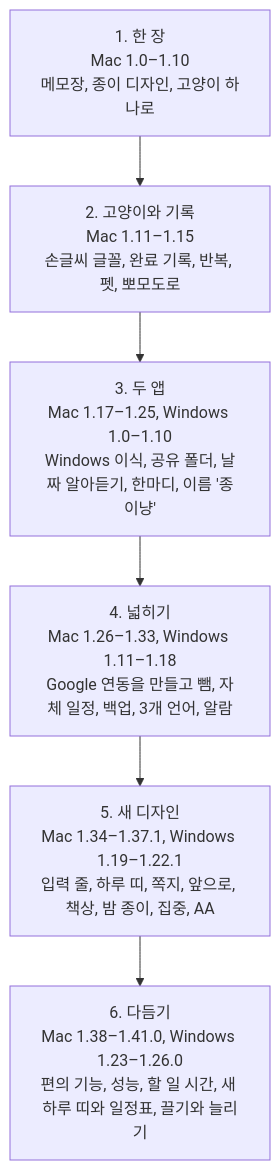
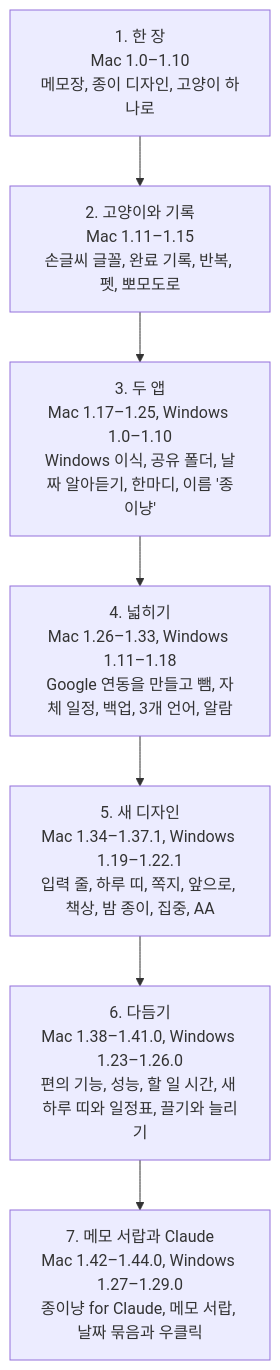
One commit to leeahwi/jongi-nyang-app changed the diagram in portfolio/timeline.md. Above: the diagram before and after it, drawn with Mermaid. The commit also changed other lines of this file and 223 other files, not shown here.

Commit message:
종이냥 — Mac 1.44.0 · Windows 1.29.0

````diff
--- a/portfolio/timeline.md
+++ b/portfolio/timeline.md
@@ -5,10 +5,11 @@
 ```mermaid
 flowchart TB
     A["1. 한 장<br/>Mac 1.0–1.10<br/>메모장, 종이 디자인, 고양이 하나로"]
     B["2. 고양이와 기록<br/>Mac 1.11–1.15<br/>손글씨 글꼴, 완료 기록, 반복, 펫, 뽀모도로"]
     C["3. 두 앱<br/>Mac 1.17–1.25, Windows 1.0–1.10<br/>Windows 이식, 공유 폴더, 날짜 알아듣기, 한마디, 이름 '종이냥'"]
     D["4. 넓히기<br/>Mac 1.26–1.33, Windows 1.11–1.18<br/>Google 연동을 만들고 뺌, 자체 일정, 백업, 3개 언어, 알람"]
     E["5. 새 디자인<br/>Mac 1.34–1.37.1, Windows 1.19–1.22.1<br/>입력 줄, 하루 띠, 쪽지, 앞으로, 책상, 밤 종이, 집중, AA"]
     F["6. 다듬기<br/>Mac 1.38–1.41.0, Windows 1.23–1.26.0<br/>편의 기능, 성능, 할 일 시간, 새 하루 띠와 일정표, 끌기와 늘리기"]
-    A --> B --> C --> D --> E --> F
+    G["7. 메모 서랍과 Claude<br/>Mac 1.42–1.44.0, Windows 1.27–1.29.0<br/>종이냥 for Claude, 메모 서랍, 날짜 묶음과 우클릭"]
+    A --> B --> C --> D --> E --> F --> G
 ```
````
